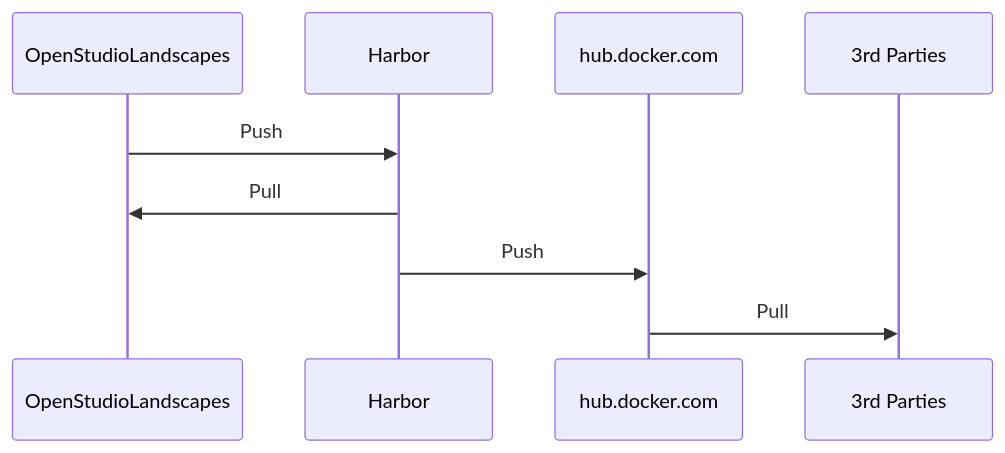
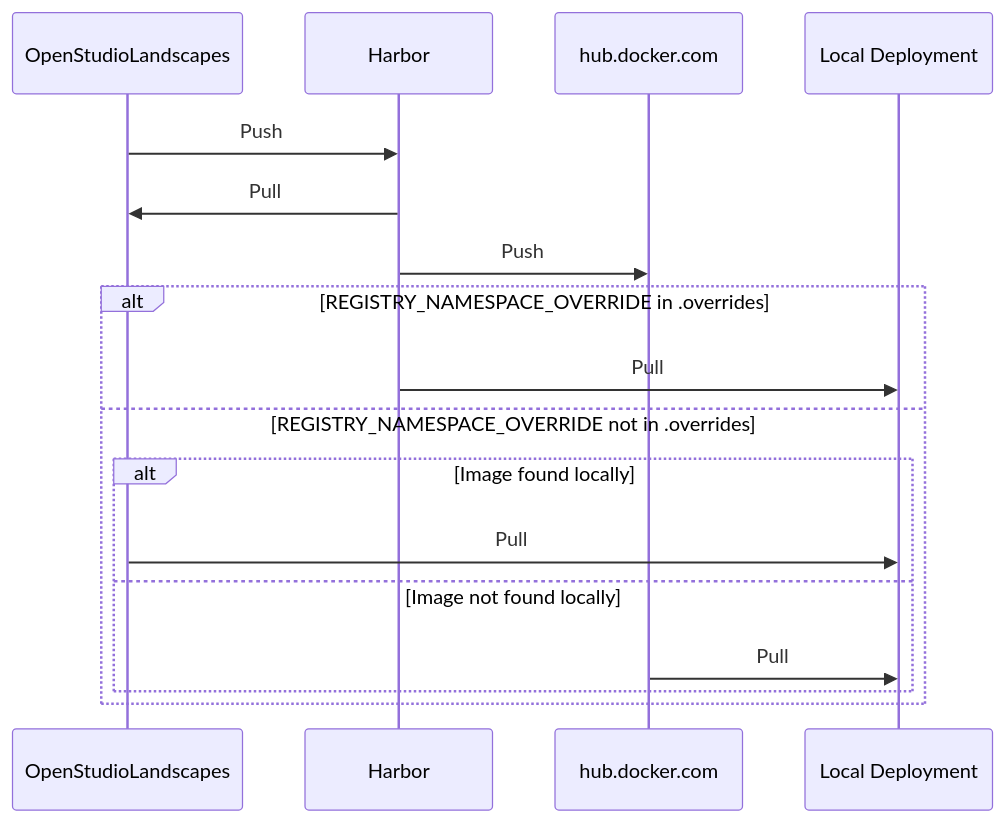
The diagram in wiki/guides/harbor.md (michimussato/OpenStudioLandscapes), drawn with Mermaid before and after one commit. The commit also changed 2 other files, not shown here.

Commit message:
- issue 12: adds a .overrides file to a landscape. By default, images are now pulled from docker.io/openstudiolandscapes which is necessary for portability. However, if we have a Harbor instance running for local deployment, we can set REGISTRY_NAMESPACE_OVERRIDE to point to this Harbor instance.

````diff
--- a/wiki/guides/harbor.md
+++ b/wiki/guides/harbor.md
@@ -29,12 +29,23 @@
 ```mermaid
 sequenceDiagram
     participant openstudiolandscapes as OpenStudioLandscapes
     participant harbor as Harbor
     participant docker as hub.docker.com
-    participant 3rdparties as 3rd Parties
+    participant local_deployment as Local Deployment
+    %%participant 3rdparties as 3rd Parties
     
     openstudiolandscapes->>harbor: Push
     harbor->>openstudiolandscapes: Pull
     harbor->>docker: Push
-    docker->>3rdparties: Pull
+    alt REGISTRY_NAMESPACE_OVERRIDE in .overrides
+        harbor->>local_deployment: Pull
+    else REGISTRY_NAMESPACE_OVERRIDE not in .overrides
+        %%harbor->>local_deployment: Pull
+        alt Image found locally
+            openstudiolandscapes->>local_deployment: Pull
+        else Image not found locally
+            docker->>local_deployment: Pull
+        end
+    end
+    %%docker->>3rdparties: Pull
 ```
````
